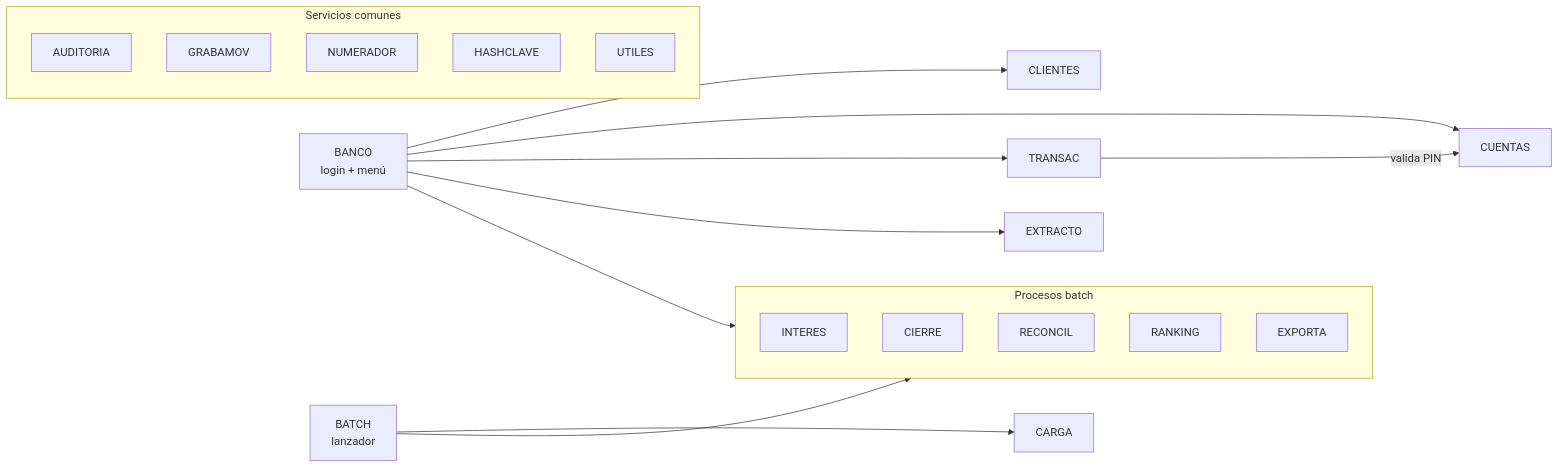
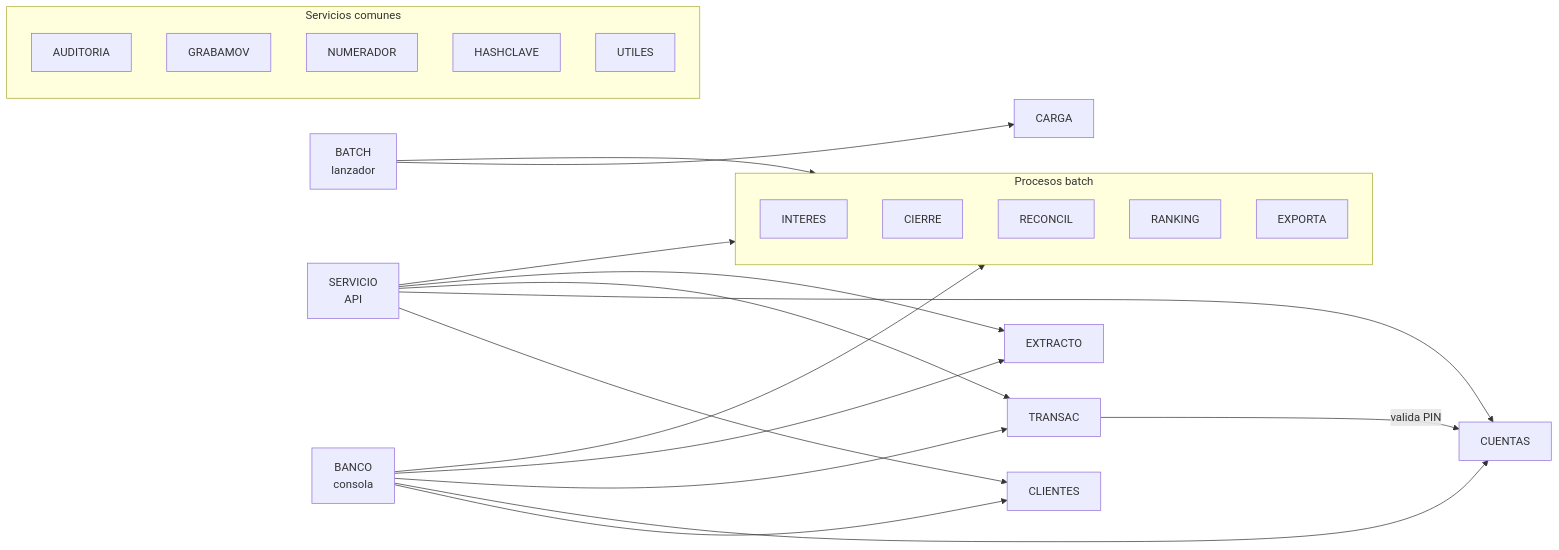
The diagram in README.md (facuperma/cobol-bank-fullstack), drawn with Mermaid before and after one commit. The commit also changed other lines of this file and 86 other files, not shown here.

````diff
--- a/README.md
+++ b/README.md
@@ -23,25 +280,30 @@
 ```mermaid
 flowchart LR
-    BANCO[BANCO<br/>login + menú] --> CLIENTES
+    BANCO[BANCO<br/>consola] --> CLIENTES
+    SERVICIO[SERVICIO<br/>API] --> CLIENTES
     BANCO --> CUENTAS
+    SERVICIO --> CUENTAS
     BANCO --> TRANSAC
+    SERVICIO --> TRANSAC
     BANCO --> EXTRACTO
+    SERVICIO --> EXTRACTO
     BANCO --> PROC
+    SERVICIO --> PROC
     BATCH[BATCH<br/>lanzador] --> PROC
     BATCH --> CARGA
     TRANSAC -- valida PIN --> CUENTAS
     subgraph PROC[Procesos batch]
         INTERES
         CIERRE
         RECONCIL
         RANKING
         EXPORTA
     end
     subgraph COMUNES[Servicios comunes]
         AUDITORIA
         GRABAMOV
         NUMERADOR
         HASHCLAVE
         UTILES
     end
 ```
````
